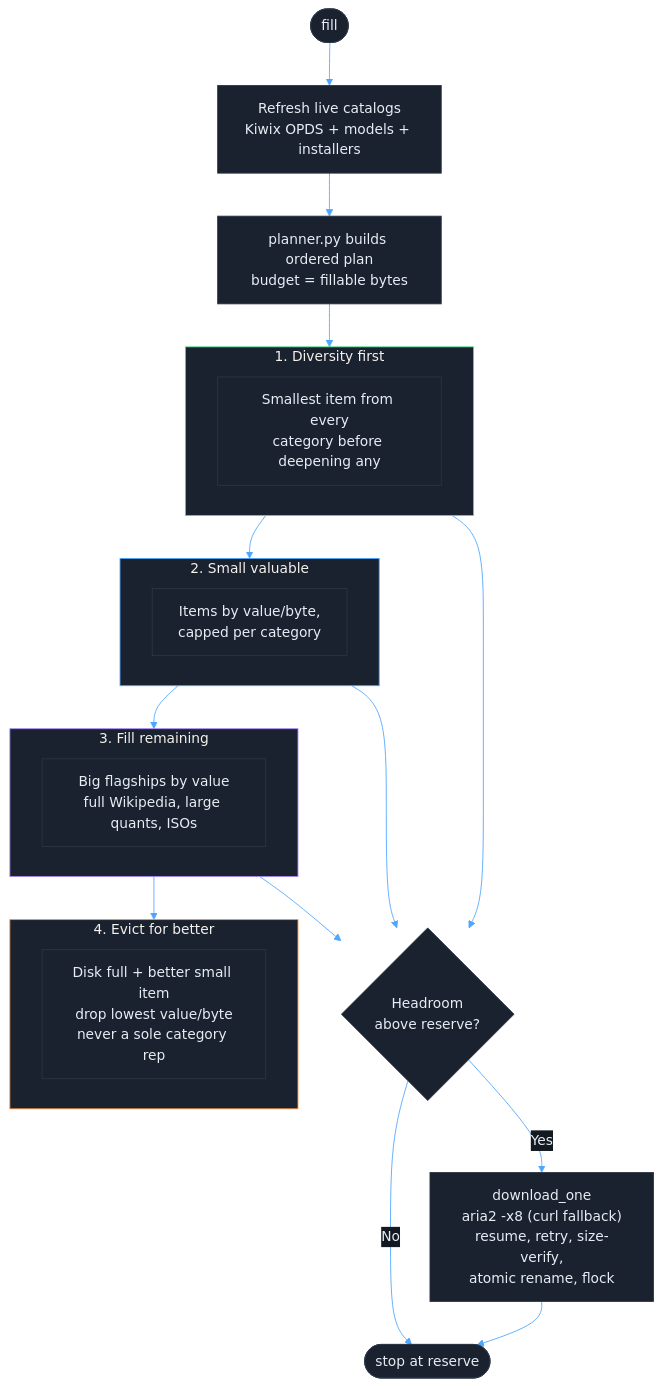
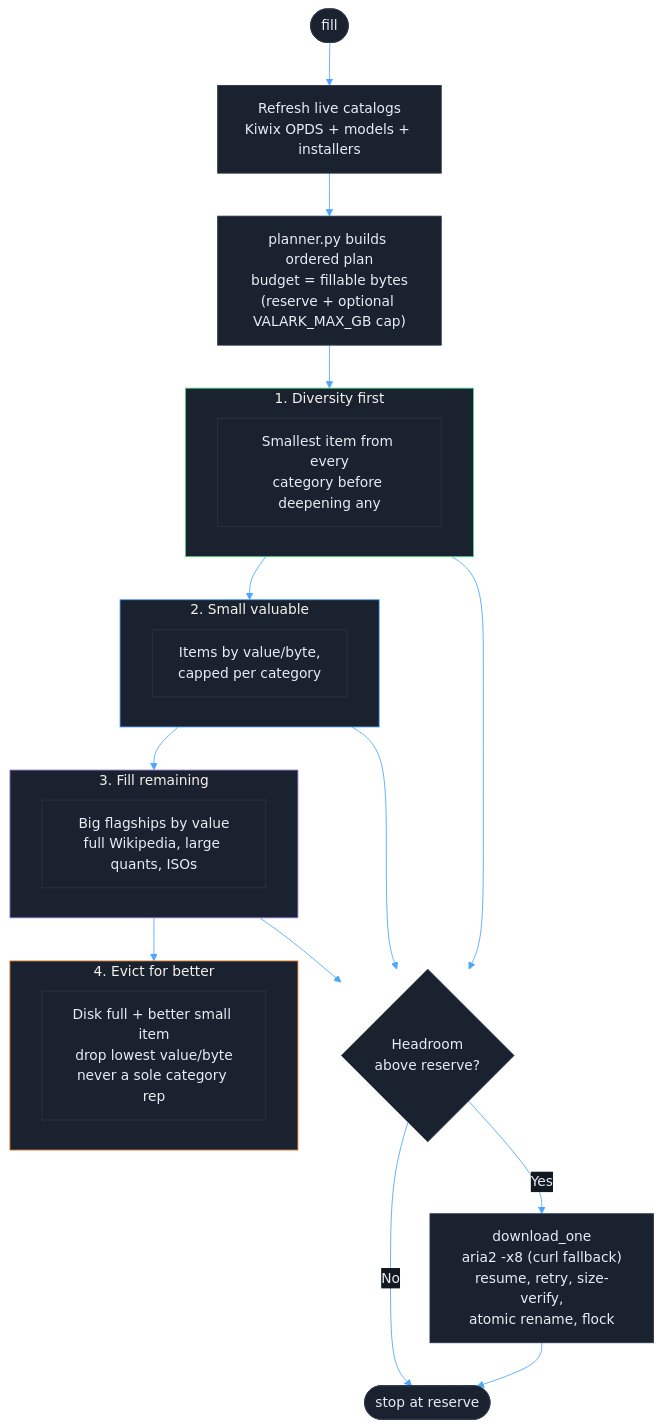
Before and after one commit to mvalancy/val-ark: the second of 6 diagrams in docs/ARCHITECTURE.md, drawn with Mermaid. The commit also changed other lines of this file and 12 other files, not shown here.

````diff
--- a/docs/ARCHITECTURE.md
+++ b/docs/ARCHITECTURE.md
@@ -99,44 +101,44 @@
 ```mermaid
 %%{init: {'theme': 'base', 'themeVariables': {
   'primaryColor': '#1a2230',
   'primaryBorderColor': '#2a3545',
   'primaryTextColor': '#e8edf4',
   'lineColor': '#4da6ff',
   'secondaryColor': '#131921',
   'tertiaryColor': '#0a0e14'
 }}}%%
 flowchart TD
     START([fill]) --> REFRESH["Refresh live catalogs<br/>Kiwix OPDS + models + installers"]
-    REFRESH --> PLANNER["planner.py builds ordered plan<br/>budget = fillable bytes"]
+    REFRESH --> PLANNER["planner.py builds ordered plan<br/>budget = fillable bytes<br/>(reserve + optional VALARK_MAX_GB cap)"]
     PLANNER --> P1
 
     subgraph P1["1. Diversity first"]
         style P1 fill:#1a2230,stroke:#4ade80
         D1["Smallest item from every<br/>category before deepening any"]
     end
 
     P1 --> P2
     subgraph P2["2. Small valuable"]
         style P2 fill:#1a2230,stroke:#4da6ff
         D2["Items by value/byte,<br/>capped per category"]
     end
 
     P2 --> P3
     subgraph P3["3. Fill remaining"]
         style P3 fill:#1a2230,stroke:#a78bfa
         D3["Big flagships by value<br/>full Wikipedia, large quants, ISOs"]
     end
 
     P3 --> P4
     subgraph P4["4. Evict for better"]
         style P4 fill:#1a2230,stroke:#fb923c
         D4["Disk full + better small item<br/>drop lowest value/byte<br/>never a sole category rep"]
     end
 
     P1 --> DL{Headroom<br/>above reserve?}
     P2 --> DL
     P3 --> DL
     DL -->|No| DONE([stop at reserve])
     DL -->|Yes| GET["download_one<br/>aria2 -x8 (curl fallback)<br/>resume, retry, size-verify,<br/>atomic rename, flock"]
     GET --> DONE
 ```
````
